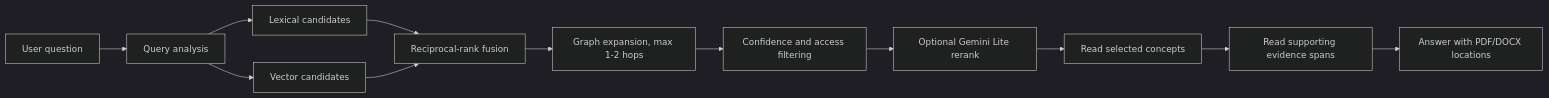
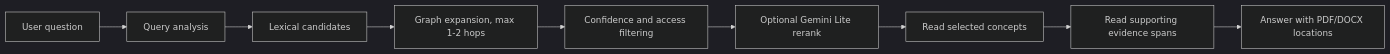
The second of 2 diagrams in docs/architecture/knowledge-okf-enrichment-spec.md (plc1220/HelpUDoc), drawn with Mermaid (dark theme) before and after one commit. The commit also changed other lines of this file and 41 other files, not shown here.

````diff
--- a/docs/architecture/knowledge-okf-enrichment-spec.md
+++ b/docs/architecture/knowledge-okf-enrichment-spec.md
@@ -720,14 +771,11 @@
 ```mermaid
 flowchart LR
   A["User question"] --> B["Query analysis"]
   B --> C["Lexical candidates"]
-  B --> D["Vector candidates"]
-  C --> E["Reciprocal-rank fusion"]
-  D --> E
-  E --> F["Graph expansion, max 1-2 hops"]
+  C --> F["Graph expansion, max 1-2 hops"]
   F --> G["Confidence and access filtering"]
   G --> H["Optional Gemini Lite rerank"]
   H --> I["Read selected concepts"]
   I --> J["Read supporting evidence spans"]
   J --> K["Answer with PDF/DOCX locations"]
 ```
````
